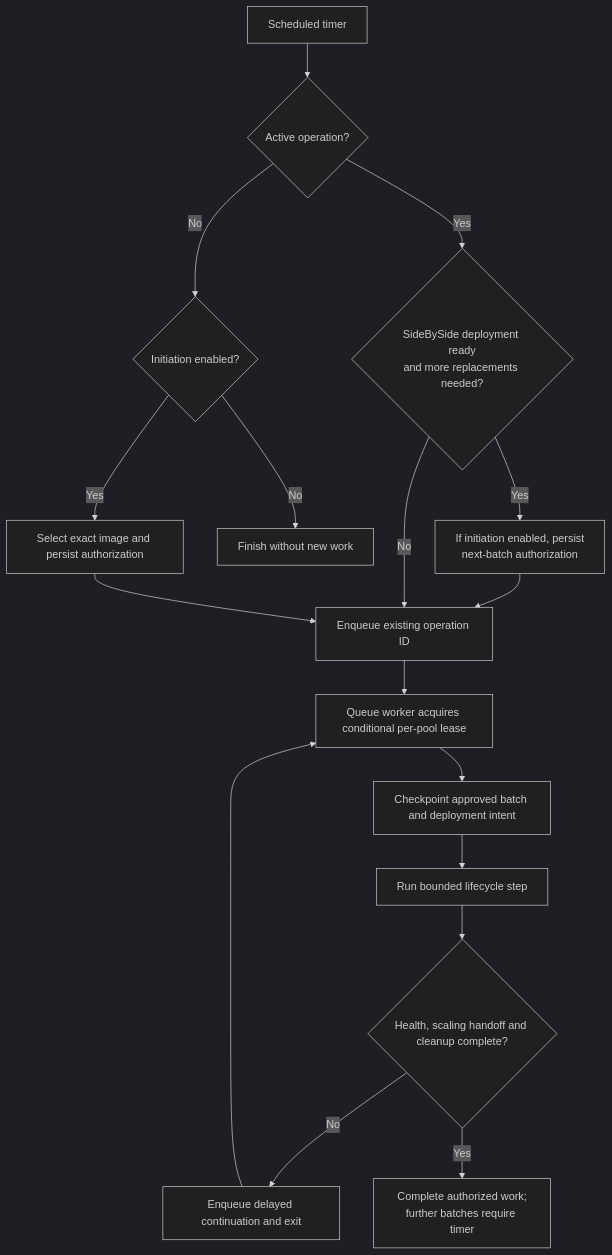
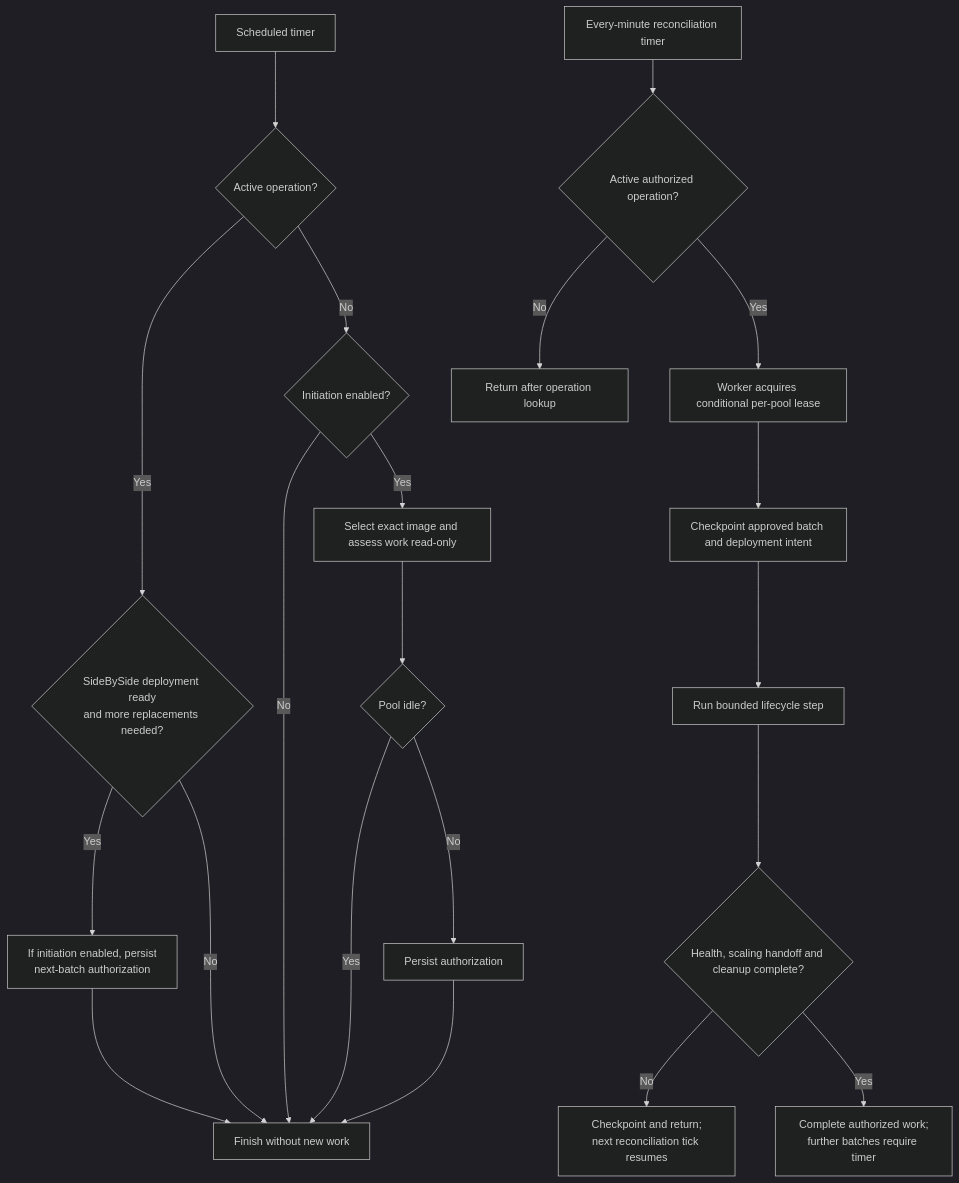
Before and after one commit to Azure/FederalAVD: the first of 5 diagrams in deployments/add-ons/sessionHostReplacer/replacement-flow.md, drawn with Mermaid (dark theme). The commit also changed other lines of this file and 36 other files, not shown here.

````diff
--- a/deployments/add-ons/sessionHostReplacer/replacement-flow.md
+++ b/deployments/add-ons/sessionHostReplacer/replacement-flow.md
@@ -19,19 +20,23 @@
 ```mermaid
 flowchart TD
     T[Scheduled timer] --> A{Active operation?}
     A -- Yes --> S{SideBySide deployment ready<br/>and more replacements needed?}
     S -- Yes --> P[If initiation enabled, persist<br/>next-batch authorization]
-    P --> Q[Enqueue existing operation ID]
-    S -- No --> Q
+    P --> X[Finish initiation tick]
+    S -- No --> X
     A -- No --> H{Initiation enabled?}
     H -- No --> X[Finish without new work]
-    H -- Yes --> I[Select exact image and persist authorization]
-    I --> Q
-    Q --> W[Queue worker acquires conditional per-pool lease]
+    H -- Yes --> I[Select exact image and assess work read-only]
+    I --> N{Pool idle?}
+    N -- Yes --> X
+    N -- No --> O[Persist authorization]
+    O --> X
+    R[Every-minute reconciliation timer] --> L{Active authorized operation?}
+    L -- No --> Z[Return after operation lookup]
+    L -- Yes --> W[Worker acquires conditional per-pool lease]
     W --> B[Checkpoint approved batch and deployment intent]
     B --> E[Run bounded lifecycle step]
     E --> C{Health, scaling handoff and cleanup complete?}
-    C -- No --> D[Enqueue delayed continuation and exit]
-    D --> W
+    C -- No --> D[Checkpoint and return;<br/>next reconciliation tick resumes]
     C -- Yes --> F[Complete authorized work;<br/>further batches require timer]
 ```
````
